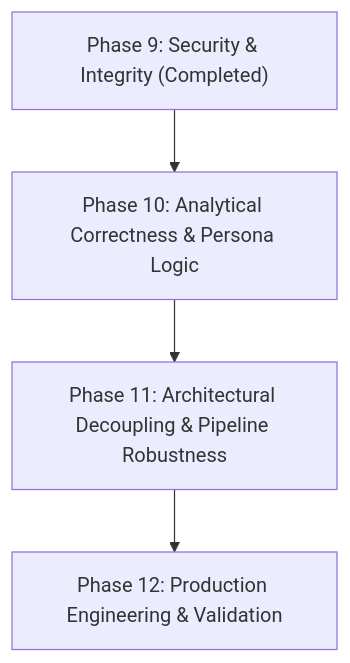
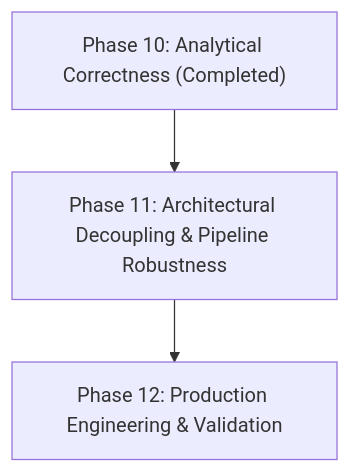
The diagram in PROJECT_PROGRESS_REPORT.md (Khare69/RFM-Cluster360), drawn with Mermaid before and after one commit. The commit also changed other lines of this file and 19 other files, not shown here.

Commit message:
fix: analytical correctness — pre-scale variance guard, rule-based personas, net returns, configurable currency (Phase 10)

````diff
--- a/PROJECT_PROGRESS_REPORT.md
+++ b/PROJECT_PROGRESS_REPORT.md
@@ -502,6 +509,5 @@
 ```mermaid
 graph TD
-    P9["Phase 9: Security & Integrity (Completed)"] --> P10["Phase 10: Analytical Correctness & Persona Logic"]
-    P10 --> P11["Phase 11: Architectural Decoupling & Pipeline Robustness"]
+    P10["Phase 10: Analytical Correctness (Completed)"] --> P11["Phase 11: Architectural Decoupling & Pipeline Robustness"]
     P11 --> P12["Phase 12: Production Engineering & Validation"]
 ```
````
